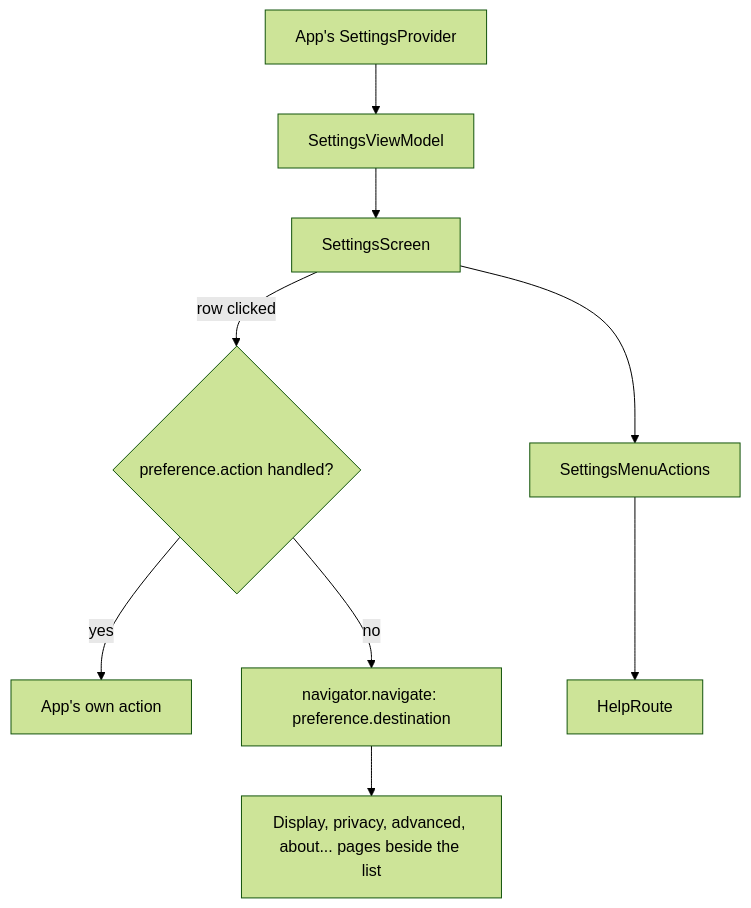
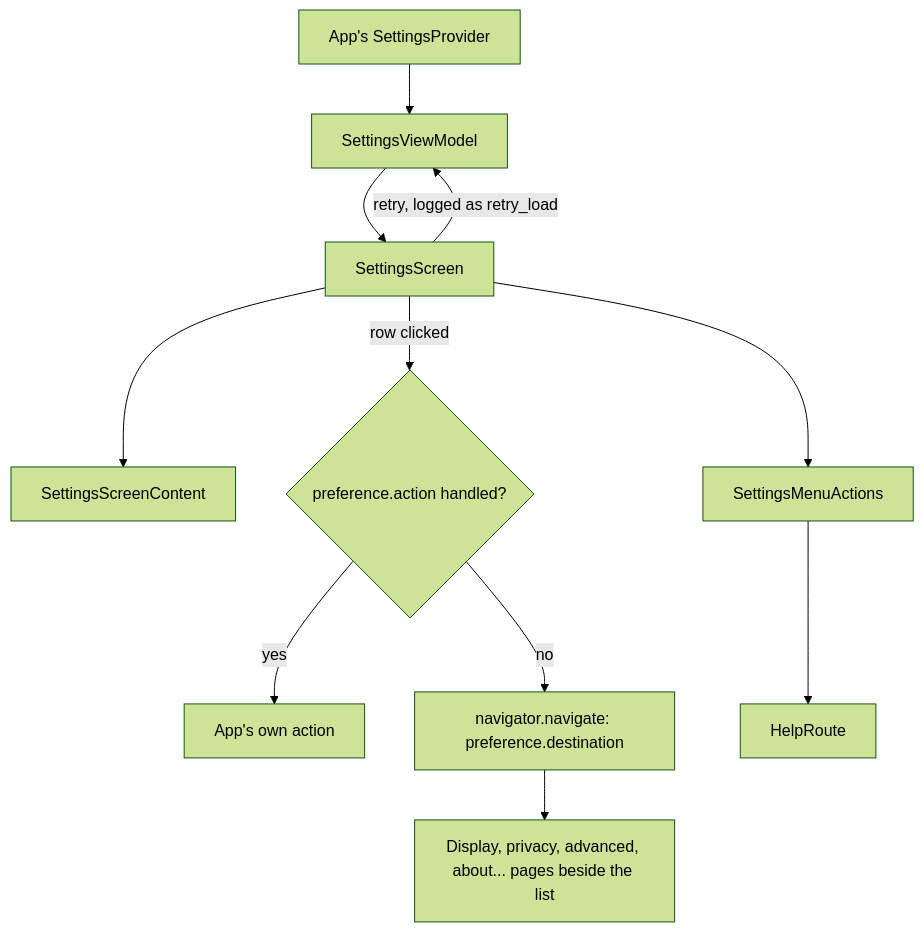
Before and after one commit to MihaiCristianCondrea/App-Toolkit-for-Android: the diagram in library/feature/settings/README.md, drawn with Mermaid (forest theme). The commit also changed other lines of this file and 216 other files, not shown here.

````diff
--- a/library/feature/settings/README.md
+++ b/library/feature/settings/README.md
@@ -45,10 +48,12 @@
 ```mermaid
 flowchart TD
     Host[App's SettingsProvider] --> VM[SettingsViewModel]
     VM --> Screen[SettingsScreen]
+    Screen --> Content[SettingsScreenContent]
+    Screen -->|retry, logged as retry_load| VM
     Screen -->|row clicked| Action{preference.action handled?}
     Action -->|yes| Done[App's own action]
     Action -->|no| Navigate[navigator.navigate: preference.destination]
     Navigate --> Pages[Display, privacy, advanced, about... pages beside the list]
     Screen --> Menu[SettingsMenuActions] --> Help[HelpRoute]
 ```
````
